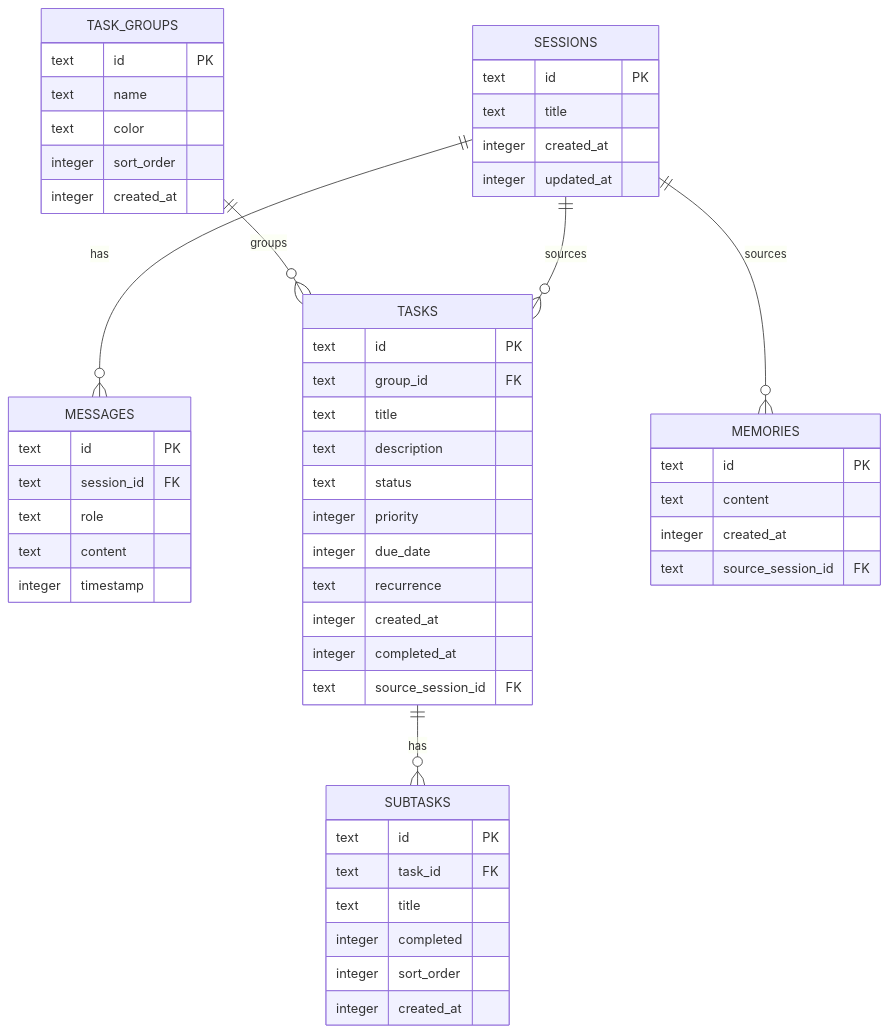
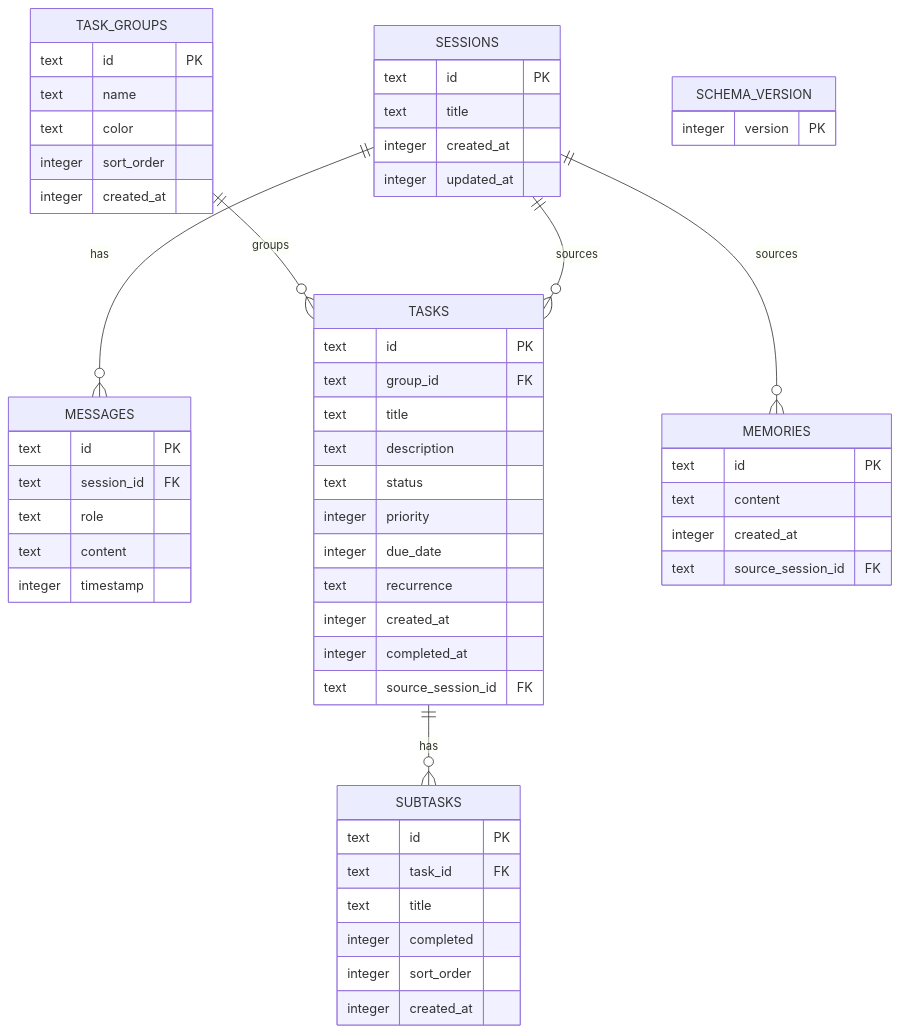
The diagram in documentation/database_schema.md (hadealahmad/KDE-Assisstant), drawn with Mermaid before and after one commit. The commit also changed other lines of this file and 19 other files, not shown here.

````diff
--- a/documentation/database_schema.md
+++ b/documentation/database_schema.md
@@ -26,61 +32,65 @@
 ```mermaid
 erDiagram
     SESSIONS ||--o{ MESSAGES : "has"
     TASK_GROUPS ||--o{ TASKS : "groups"
     TASKS ||--o{ SUBTASKS : "has"
     SESSIONS ||--o{ MEMORIES : "sources"
     SESSIONS ||--o{ TASKS : "sources"
 
     SESSIONS {
         text id PK
         text title
         integer created_at
         integer updated_at
     }
 
     MESSAGES {
         text id PK
         text session_id FK
         text role
         text content
         integer timestamp
     }
 
     MEMORIES {
         text id PK
         text content
         integer created_at
         text source_session_id FK
     }
 
     TASK_GROUPS {
         text id PK
         text name
         text color
         integer sort_order
         integer created_at
     }
 
     TASKS {
         text id PK
         text group_id FK
         text title
         text description
         text status
         integer priority
         integer due_date
         text recurrence
         integer created_at
         integer completed_at
         text source_session_id FK
     }
 
     SUBTASKS {
         text id PK
         text task_id FK
         text title
         integer completed
         integer sort_order
         integer created_at
     }
+
+    SCHEMA_VERSION {
+        integer version PK
+    }
 ```
````
